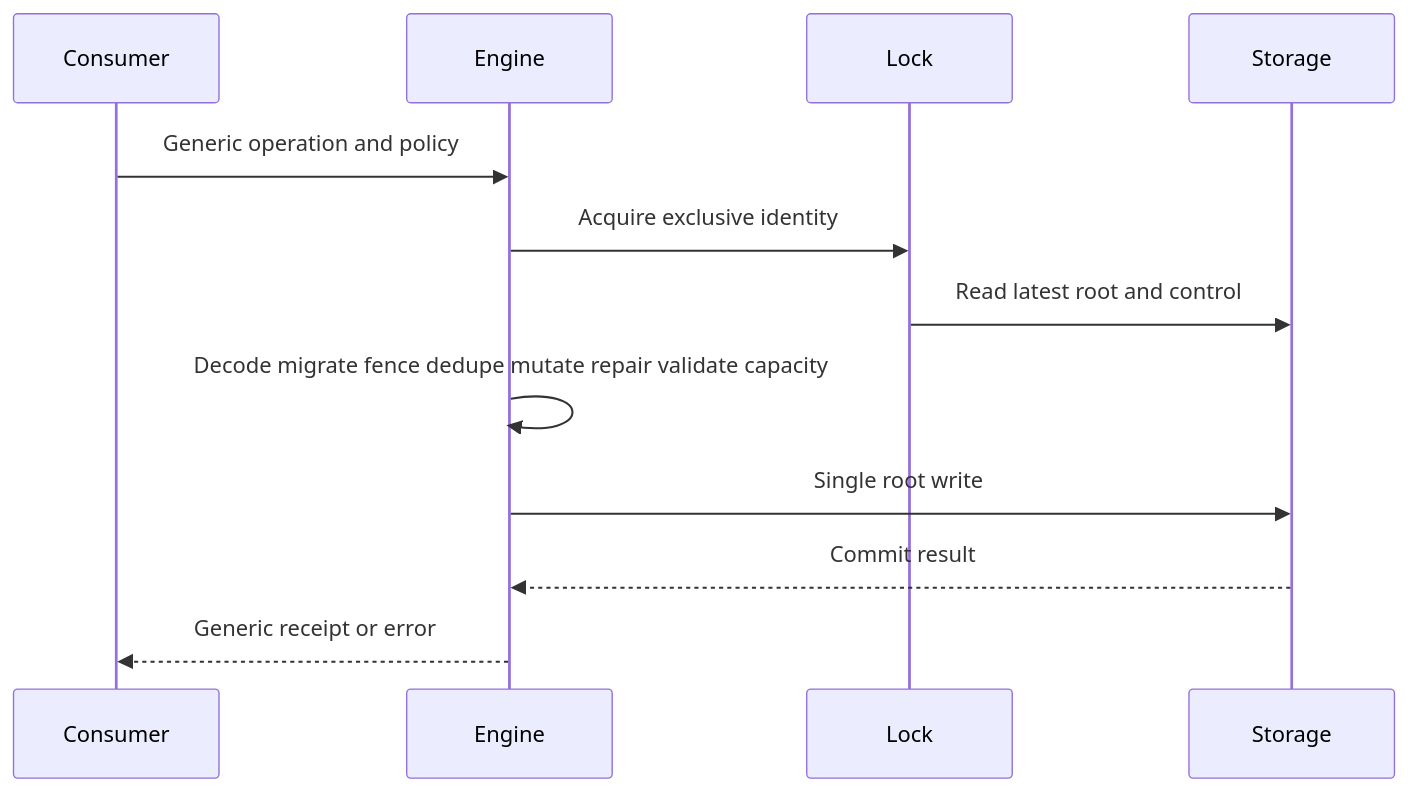
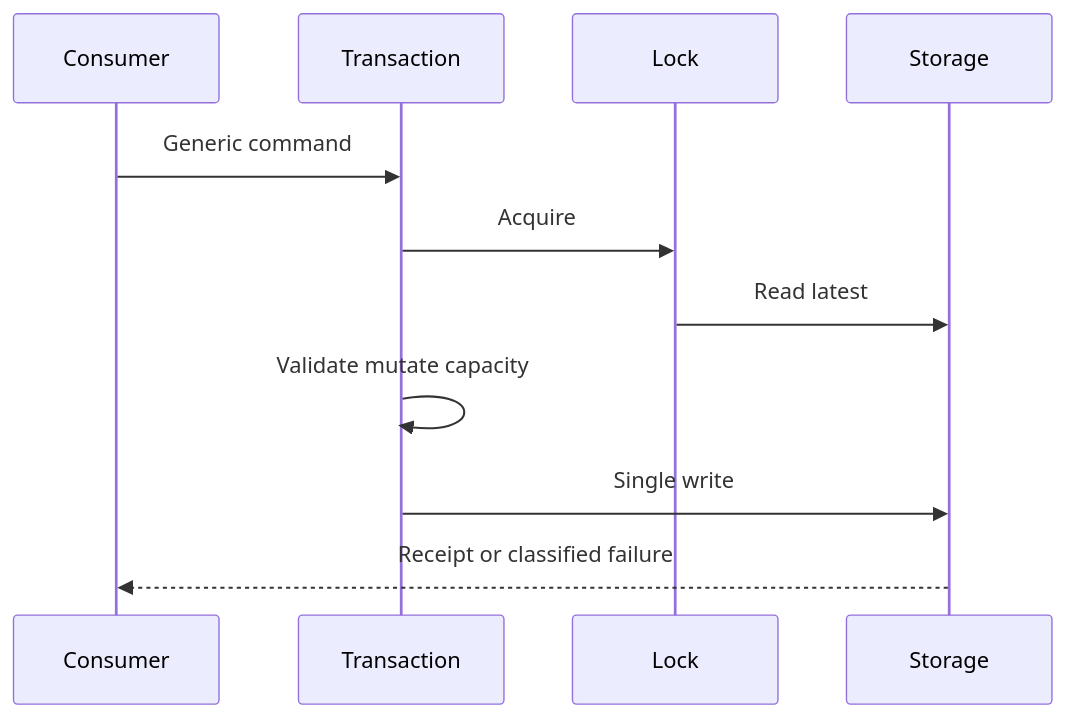
One commit to Huruikagi/pc-build-planner changed the second of 2 diagrams in .kiro/specs/local-data-library-boundaries/design.md. Above: the diagram before and after it, drawn with Mermaid. The commit also changed other lines of this file and 29 other files, not shown here.

````diff
--- a/.kiro/specs/local-data-library-boundaries/design.md
+++ b/.kiro/specs/local-data-library-boundaries/design.md
@@ -187,14 +140,13 @@
 ```mermaid
 sequenceDiagram
     participant Consumer
-    participant Engine
+    participant Transaction
     participant Lock
     participant Storage
-    Consumer->>Engine: Generic operation and policy
-    Engine->>Lock: Acquire exclusive identity
-    Lock->>Storage: Read latest root and control
-    Engine->>Engine: Decode migrate fence dedupe mutate repair validate capacity
-    Engine->>Storage: Single root write
-    Storage-->>Engine: Commit result
-    Engine-->>Consumer: Generic receipt or error
+    Consumer->>Transaction: Generic command
+    Transaction->>Lock: Acquire
+    Lock->>Storage: Read latest
+    Transaction->>Transaction: Validate mutate capacity
+    Transaction->>Storage: Single write
+    Storage-->>Consumer: Receipt or classified failure
 ```
````
